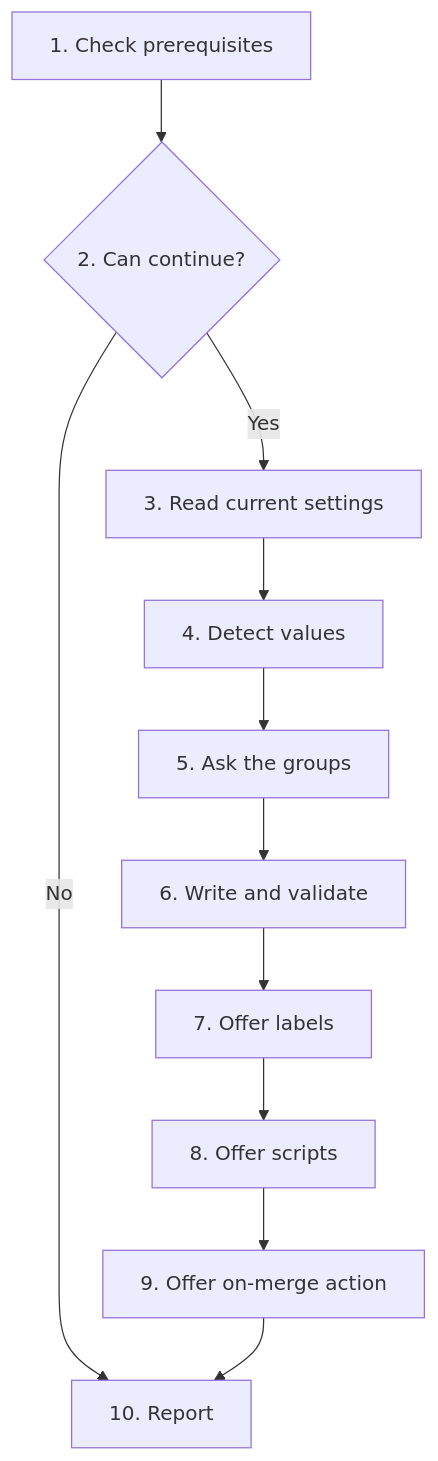
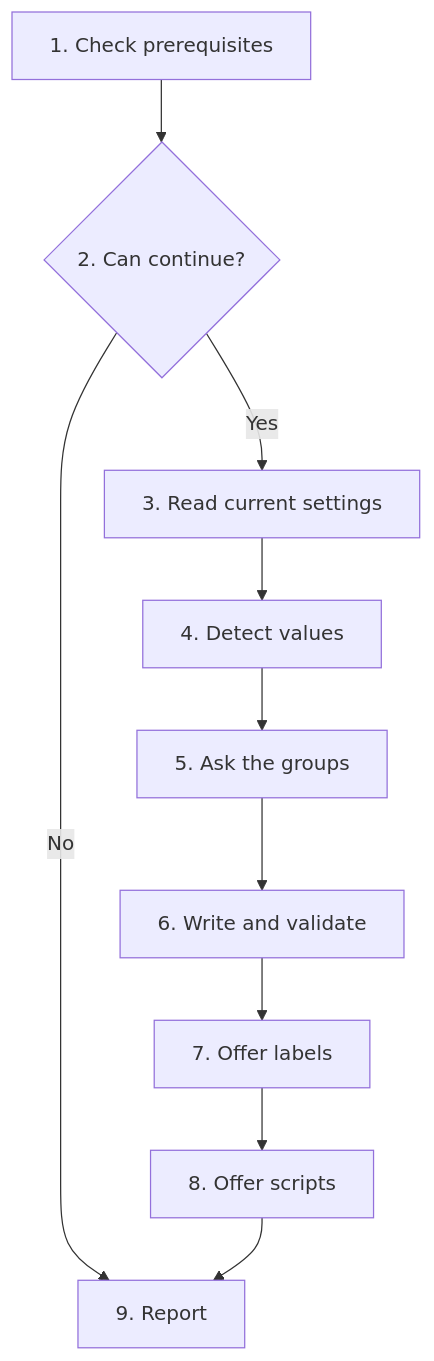
The diagram in skills/sdlc/setup/SKILL.md (cultoftheai/skills), drawn with Mermaid before and after one commit. The commit also changed other lines of this file and 4 other files, not shown here.

Commit message:
Drop the on-merge offer from setup until ship provides the workflow

````diff
--- a/skills/sdlc/setup/SKILL.md
+++ b/skills/sdlc/setup/SKILL.md
@@ -19,24 +19,22 @@
 ```mermaid
 flowchart TD
     A[1. Check prerequisites]
     B{2. Can continue?}
     C[3. Read current settings]
     D[4. Detect values]
     E[5. Ask the groups]
     F[6. Write and validate]
     G[7. Offer labels]
     H[8. Offer scripts]
-    I[9. Offer on-merge action]
-    J[10. Report]
+    I[9. Report]
 
     A --> B
-    B -->|No| J
+    B -->|No| I
     B -->|Yes| C
     C --> D
     D --> E
     E --> F
     F --> G
     G --> H
     H --> I
-    I --> J
 ```
````
